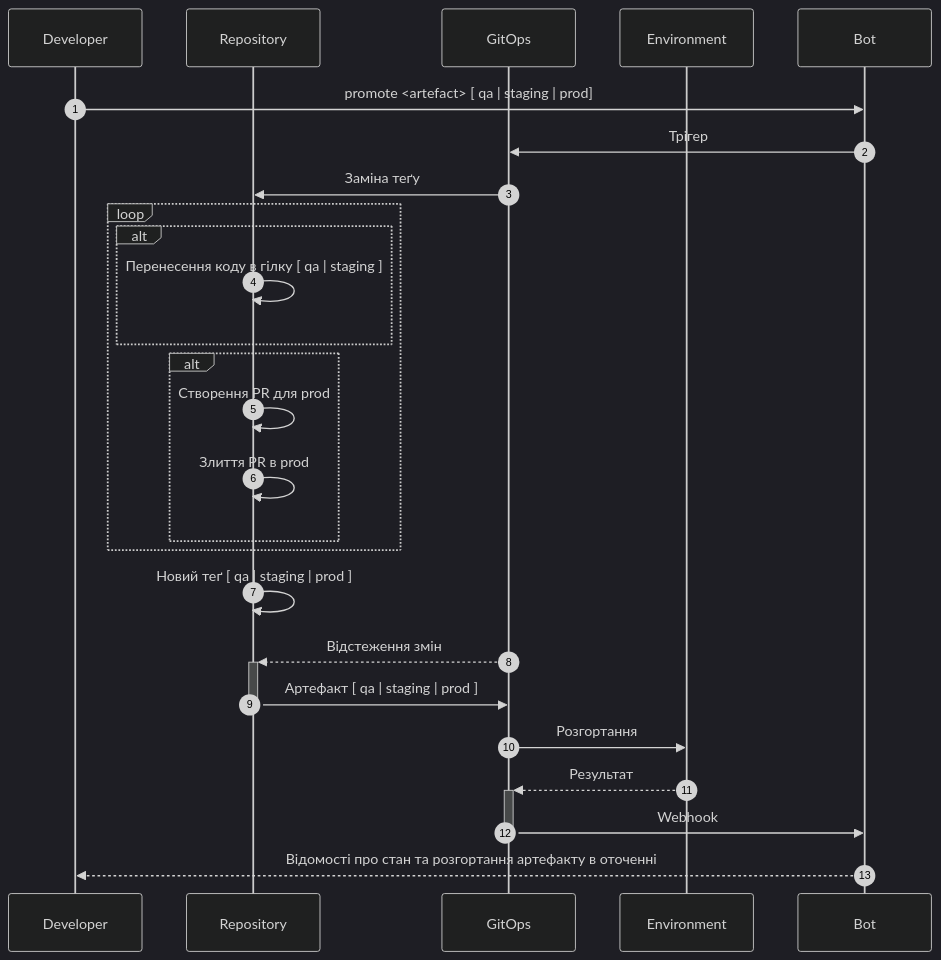
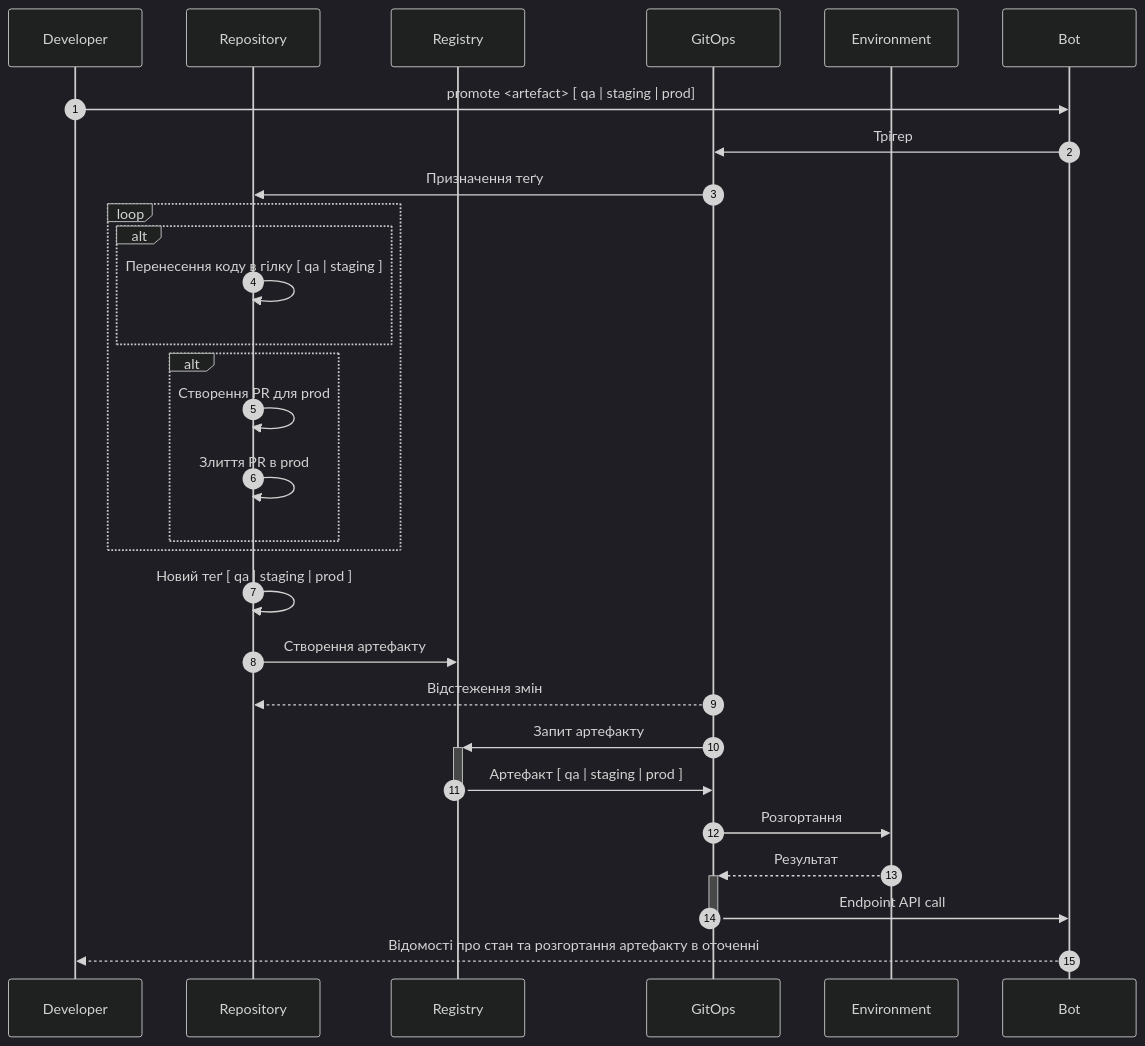
One commit to k3ilona/publisher-slack-bot changed the third of 6 diagrams in docs/HLD.md. Above: the diagram before and after it, drawn with Mermaid (dark theme). The commit also changed other lines of this file, not shown here.

Commit message:
Додано в схеми реєстр артефактів; Змінено порядок команд

````diff
--- a/docs/HLD.md
+++ b/docs/HLD.md
@@ -135,29 +113,32 @@
 ```mermaid
 sequenceDiagram
 autonumber
     participant D as Developer
     participant R as Repository
+    participant RA as Registry
     participant G as GitOps
     participant E as Environment
     participant B as Bot
 
     D ->> B: promote <artefact> [ qa | staging | prod]
     B ->> G: Трігер
-    G ->> R: Заміна теґу
+    G ->> R: Призначення теґу
     loop
         alt
             R ->> R: Перенесення коду в гілку [ qa | staging ]
         end
         alt
             R ->> R: Створення PR для prod
             R ->> R: Злиття PR в prod
         end
     end 
     R ->> R: Новий теґ [ qa | staging | prod ]
-    G -->>+ R: Відстеження змін
-    R ->>- G: Артефакт [ qa | staging | prod ]
+    R ->> RA: Створення артефакту
+    G -->> R: Відстеження змін
+    G ->>+ RA: Запит артефакту
+    RA ->>- G: Артефакт [ qa | staging | prod ]
     G ->> E: Розгортання
     E -->>+ G: Результат
-    G ->>- B: Webhook
+    G ->>- B: Endpoint API call
     B -->> D: Відомості про стан та розгортання артефакту в оточенні        
 ```
````
